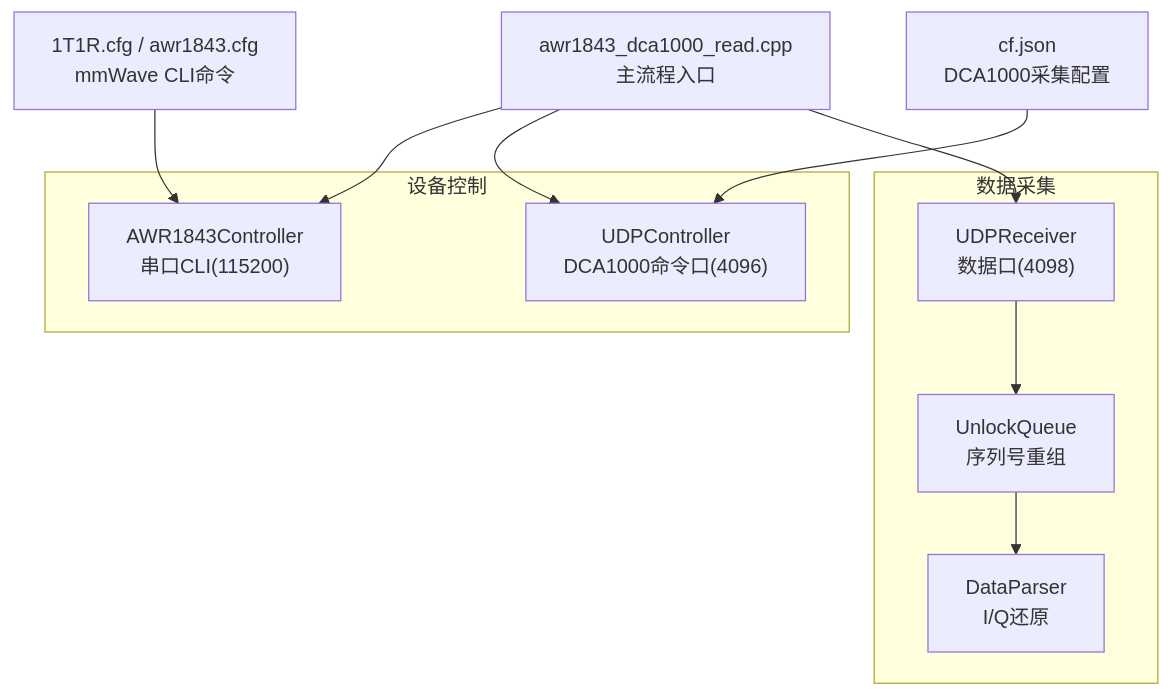
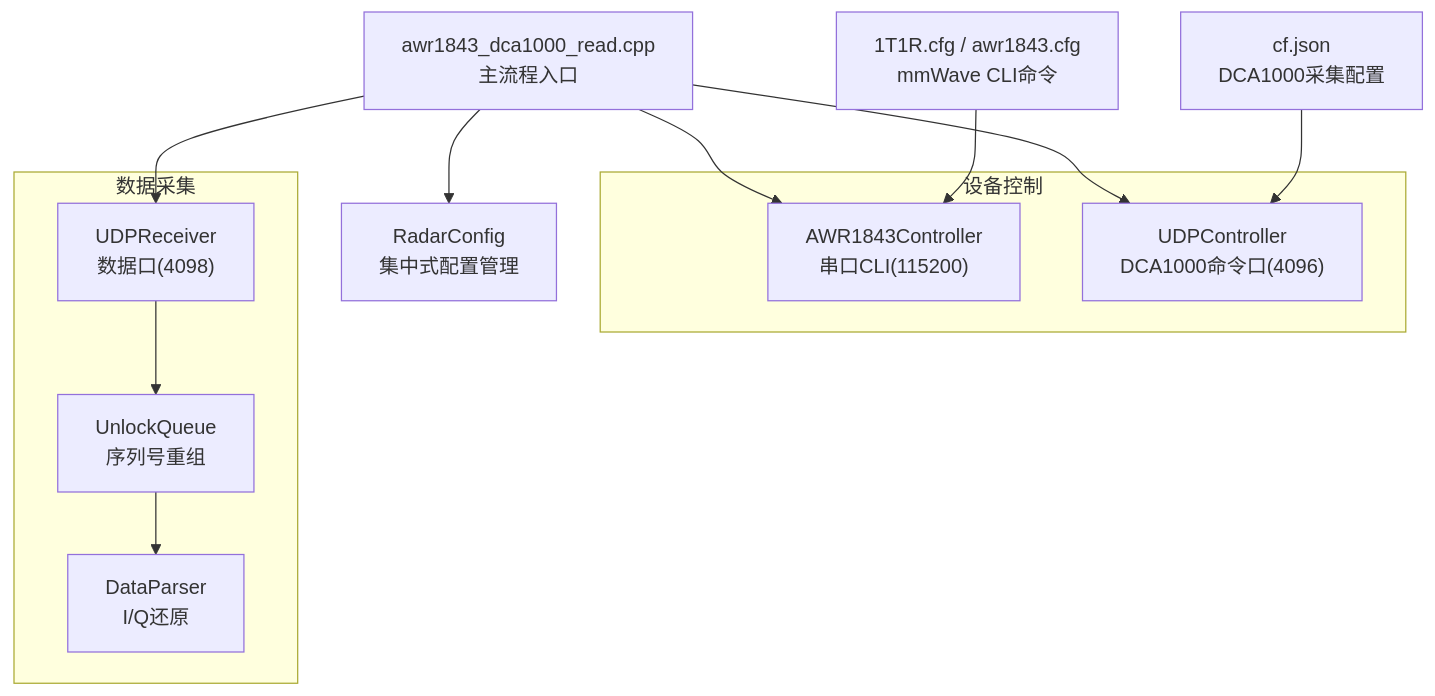
One commit to Lukad77/awr1843-radar-toolkit changed the first of 5 diagrams in .qoder/repowiki/zh/content/雷达与采集参数配置文件.md. Above: the diagram before and after it, drawn with Mermaid. The commit also changed other lines of this file and 11 other files, not shown here.

````diff
--- a/.qoder/repowiki/zh/content/雷达与采集参数配置文件.md
+++ b/.qoder/repowiki/zh/content/雷达与采集参数配置文件.md
@@ -36,22 +46,24 @@
 ```mermaid
 graph TB
 subgraph "设备控制"
 CLI["AWR1843Controller<br/>串口CLI(115200)"]
 UDPCTL["UDPController<br/>DCA1000命令口(4096)"]
 end
 subgraph "数据采集"
 UDPREC["UDPReceiver<br/>数据口(4098)"]
 UNLOCK["UnlockQueue<br/>序列号重组"]
 PARSER["DataParser<br/>I/Q还原"]
 end
 CFG1["1T1R.cfg / awr1843.cfg<br/>mmWave CLI命令"]
 CFJSON["cf.json<br/>DCA1000采集配置"]
 MAIN["awr1843_dca1000_read.cpp<br/>主流程入口"]
+RC["RadarConfig<br/>集中式配置管理"]
 CFG1 --> CLI
 CFJSON --> UDPCTL
 MAIN --> CLI
 MAIN --> UDPCTL
 MAIN --> UDPREC
+MAIN --> RC
 UDPREC --> UNLOCK
 UNLOCK --> PARSER
 ```
````
